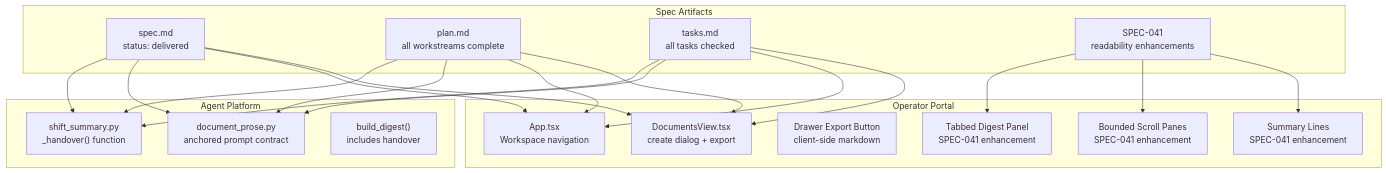
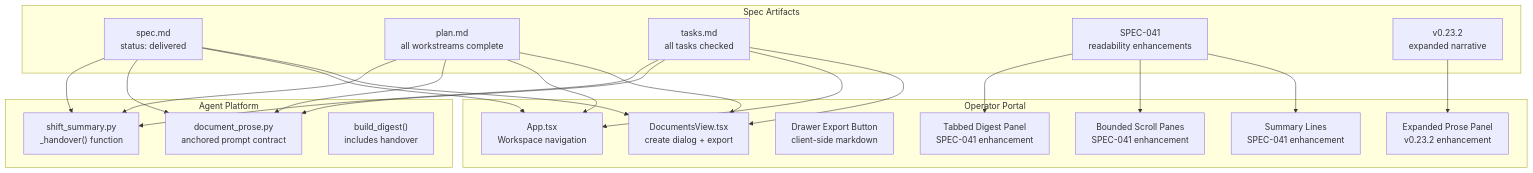
The first of 9 diagrams in .qoder/repowiki/en/content/Architecture Documentation/SPEC-040_ Shift-Summary Handover Narrative and Export.md (metasync/luban-aiops), drawn with Mermaid before and after one commit. The commit also changed other lines of this file and 169 other files, not shown here.

````diff
--- a/.qoder/repowiki/en/content/Architecture Documentation/SPEC-040_ Shift-Summary Handover Narrative and Export.md
+++ b/.qoder/repowiki/en/content/Architecture Documentation/SPEC-040_ Shift-Summary Handover Narrative and Export.md
@@ -55,37 +59,40 @@
 ```mermaid
 graph TB
 subgraph "Agent Platform"
 A["shift_summary.py<br/>_handover() function"]
 B["document_prose.py<br/>anchored prompt contract"]
 C["build_digest()<br/>includes handover"]
 end
 subgraph "Operator Portal"
 D["App.tsx<br/>Workspace navigation"]
 E["DocumentsView.tsx<br/>create dialog + export"]
 F["Drawer Export Button<br/>client-side markdown"]
 G["Tabbed Digest Panel<br/>SPEC-041 enhancement"]
 H["Bounded Scroll Panes<br/>SPEC-041 enhancement"]
 I["Summary Lines<br/>SPEC-041 enhancement"]
+J["Expanded Prose Panel<br/>v0.23.2 enhancement"]
 end
 subgraph "Spec Artifacts"
 S1["spec.md<br/>status: delivered"]
 S2["plan.md<br/>all workstreams complete"]
 S3["tasks.md<br/>all tasks checked"]
 S4["SPEC-041<br/>readability enhancements"]
+S5["v0.23.2<br/>expanded narrative"]
 end
 S1 --> A
 S1 --> B
 S1 --> D
 S1 --> E
 S2 --> A
 S2 --> B
 S2 --> D
 S2 --> E
 S3 --> A
 S3 --> B
 S3 --> D
 S3 --> E
 S4 --> G
 S4 --> H
 S4 --> I
+S5 --> J
 ```
````
